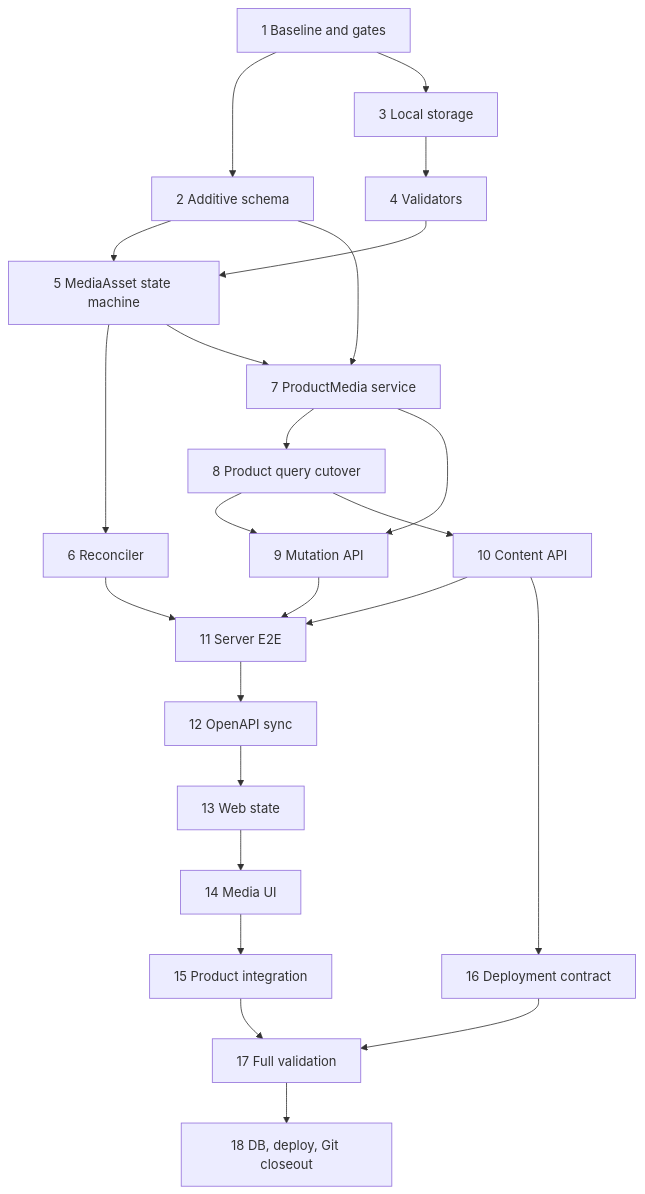
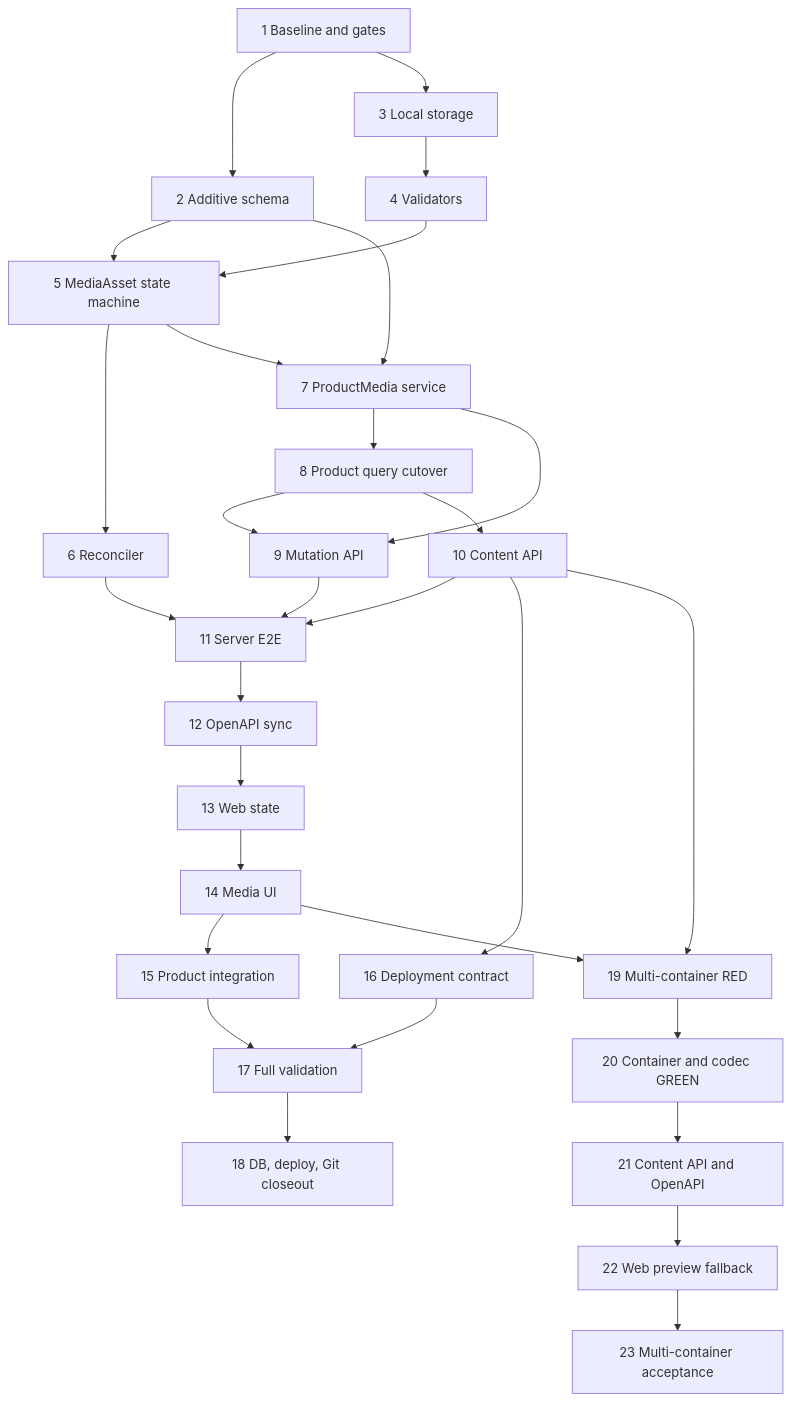
The diagram in specs/product-media/tasks.md (SilnoGM/QIANSHU-DMS), drawn with Mermaid before and after one commit. The commit also changed other lines of this file and 7 other files, not shown here.

````diff
--- a/specs/product-media/tasks.md
+++ b/specs/product-media/tasks.md
@@ -938,26 +1028,32 @@
 ```mermaid
 flowchart TD
   T1["1 Baseline and gates"] --> T2["2 Additive schema"]
   T1 --> T3["3 Local storage"]
   T3 --> T4["4 Validators"]
   T2 --> T5["5 MediaAsset state machine"]
   T4 --> T5
   T5 --> T6["6 Reconciler"]
   T5 --> T7["7 ProductMedia service"]
   T2 --> T7
   T7 --> T8["8 Product query cutover"]
   T7 --> T9["9 Mutation API"]
   T8 --> T9
   T8 --> T10["10 Content API"]
   T9 --> T11["11 Server E2E"]
   T10 --> T11
   T6 --> T11
   T11 --> T12["12 OpenAPI sync"]
   T12 --> T13["13 Web state"]
   T13 --> T14["14 Media UI"]
   T14 --> T15["15 Product integration"]
   T10 --> T16["16 Deployment contract"]
   T15 --> T17["17 Full validation"]
   T16 --> T17
   T17 --> T18["18 DB, deploy, Git closeout"]
+  T10 --> T19["19 Multi-container RED"]
+  T14 --> T19
+  T19 --> T20["20 Container and codec GREEN"]
+  T20 --> T21["21 Content API and OpenAPI"]
+  T21 --> T22["22 Web preview fallback"]
+  T22 --> T23["23 Multi-container acceptance"]
 ```
````
